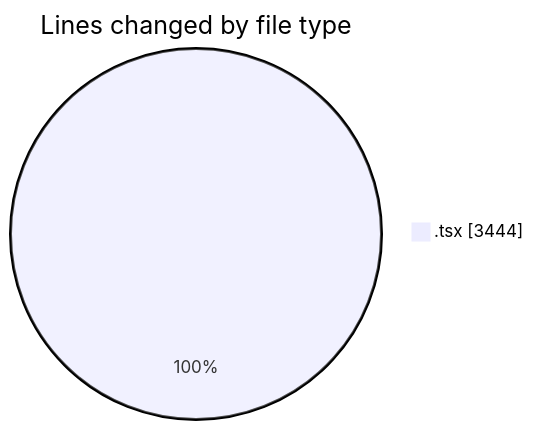
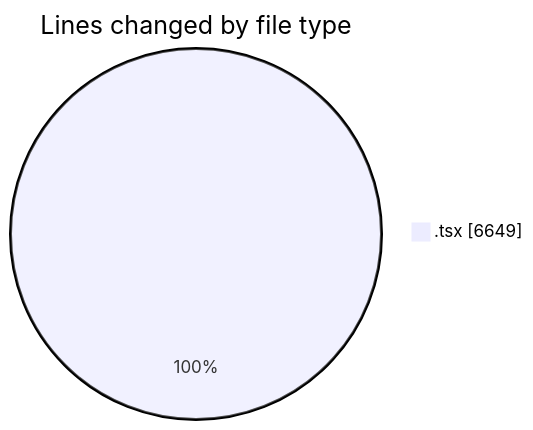
One commit to nxtqubesakshisongat/code-tracking changed the first of 2 diagrams in 2026-07-09/nxtqube_webapp/README.md. Above: the diagram before and after it, drawn with Mermaid. The commit also changed other lines of this file and 1 other file, not shown here.

````diff
--- a/2026-07-09/nxtqube_webapp/README.md
+++ b/2026-07-09/nxtqube_webapp/README.md
@@ -30,5 +34,5 @@
 ```mermaid
 pie showData
 title Lines changed by file type
-".tsx" : 3444
+".tsx" : 6649
 ```
````
